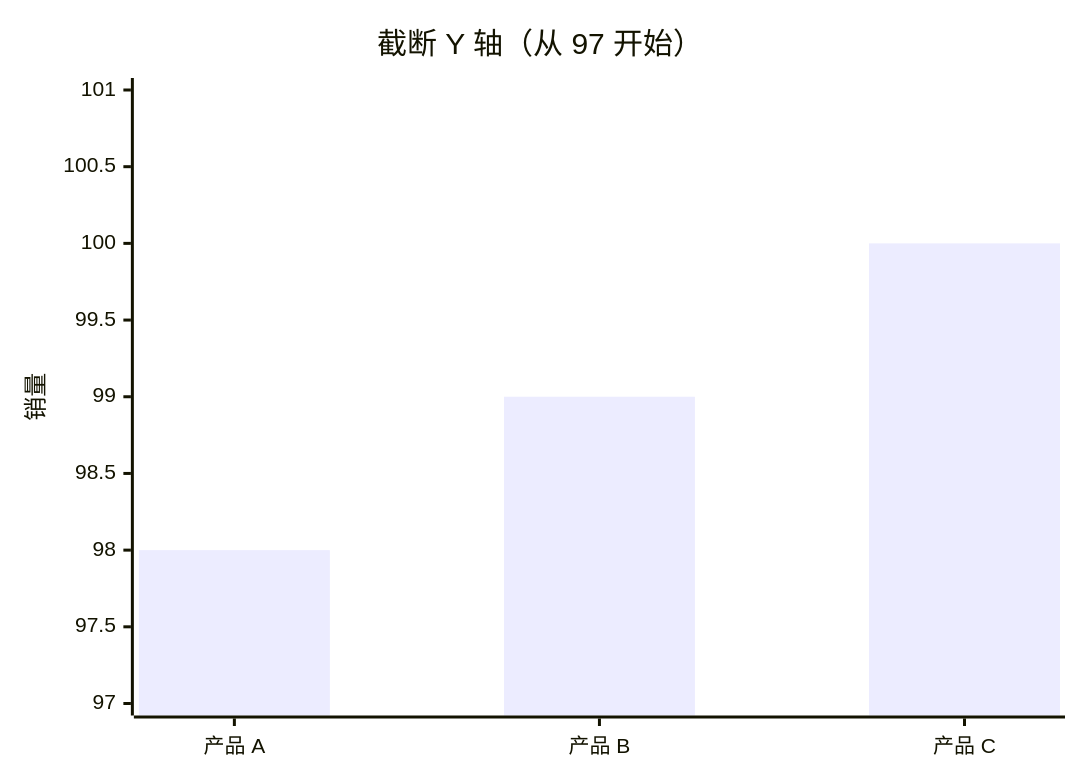
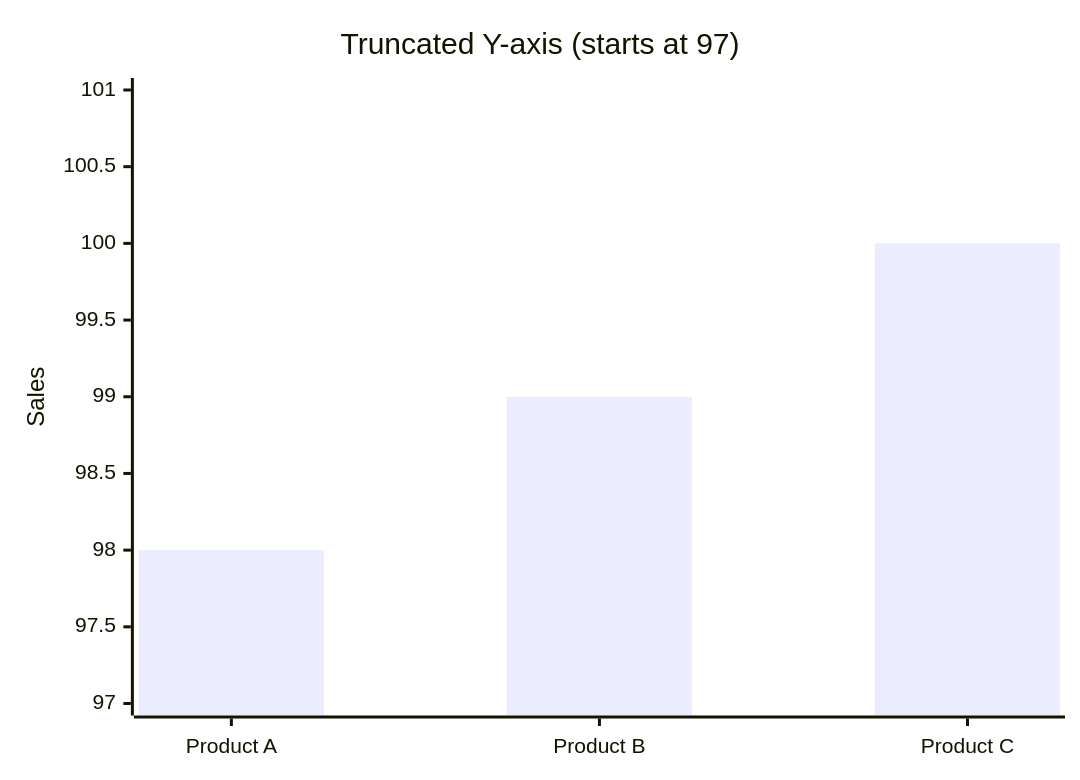
Before and after one commit to oudbiao/AI-fullstack-course: the fifth of 7 diagrams in docs/ch03-data-analysis/ch04-visualization/04-best-practices.md, drawn with Mermaid. The commit also changed other lines of this file and 1406 other files, not shown here.

````diff
--- a/docs/ch03-data-analysis/ch04-visualization/04-best-practices.md
+++ b/docs/ch03-data-analysis/ch04-visualization/04-best-practices.md
@@ -334,7 +334,7 @@
 ```mermaid
 xychart-beta
-    title "截断 Y 轴（从 97 开始）"
-    x-axis ["产品 A", "产品 B", "产品 C"]
-    y-axis "销量" 97 --> 101
+    title "Truncated Y-axis (starts at 97)"
+    x-axis ["Product A", "Product B", "Product C"]
+    y-axis "Sales" 97 --> 101
     bar [98, 99, 100]
 ```
````
